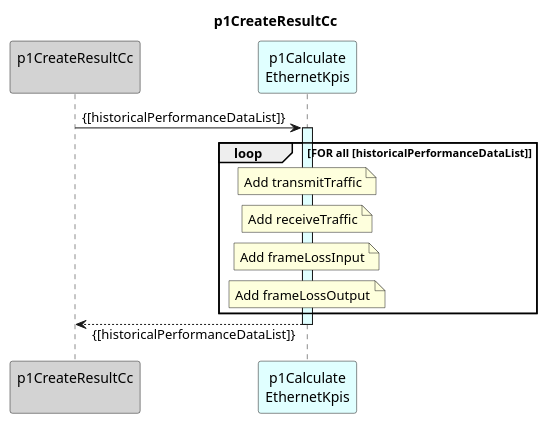
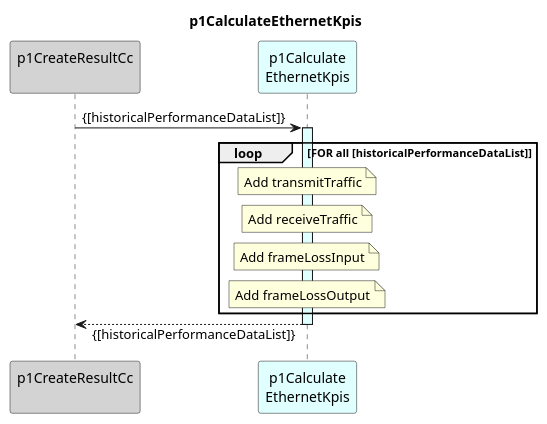
The diagram in spec/Functions/specificFunctions/p1StreamPmData/p1ProcessDevice/p1CreateResultCc/p1CalculateEthernetKpis/1.0.0/p1CalculateEthernetKpis.plantuml (openBackhaul/DevicePerformanceManagementDataProcessor), drawn with PlantUML before and after one commit. The commit also changed 6 other files, not shown here.

```diff
--- a/spec/Functions/specificFunctions/p1StreamPmData/p1ProcessDevice/p1CreateResultCc/p1CalculateEthernetKpis/1.0.0/p1CalculateEthernetKpis.plantuml
+++ b/spec/Functions/specificFunctions/p1StreamPmData/p1ProcessDevice/p1CreateResultCc/p1CalculateEthernetKpis/1.0.0/p1CalculateEthernetKpis.plantuml
@@ -1,39 +1,39 @@
-@startuml p1CreateResultCc
+@startuml p1CalculateEthernetKpis
 skinparam responseMessageBelowArrow true
 
 title
-  p1CreateResultCc
+  p1CalculateEthernetKpis
 end title
 
 participant "p1CreateResultCc\n" as requestor #LightGrey
 participant "p1Calculate\nEthernetKpis" as ethKpis #LightCyan
 
 requestor -> ethKpis : {[historicalPerformanceDataList]}
 activate ethKpis #LightCyan
 
   loop FOR all [historicalPerformanceDataList]
 
     note over ethKpis
       Add transmitTraffic
     end note
 
     note over ethKpis
       Add receiveTraffic
     end note
 
     note over ethKpis
       Add frameLossInput
     end note
 
     note over ethKpis
       Add frameLossOutput
     end note
 
   end loop
 
 requestor <-- ethKpis : {[historicalPerformanceDataList]}
 deactivate ethKpis
 
 deactivate requestor
 
 @enduml
```
